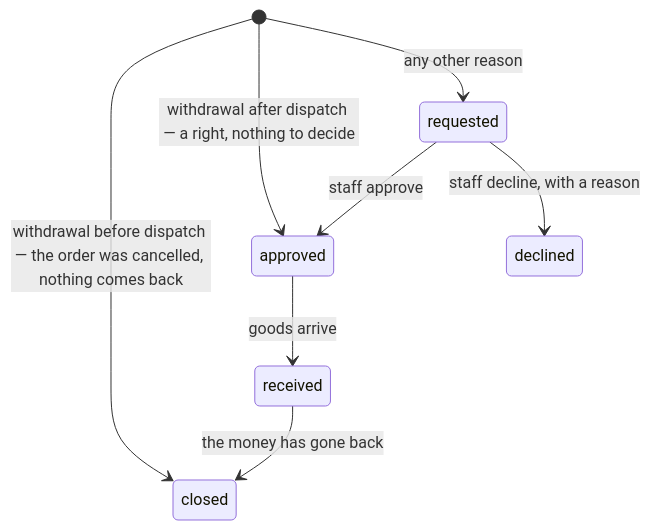
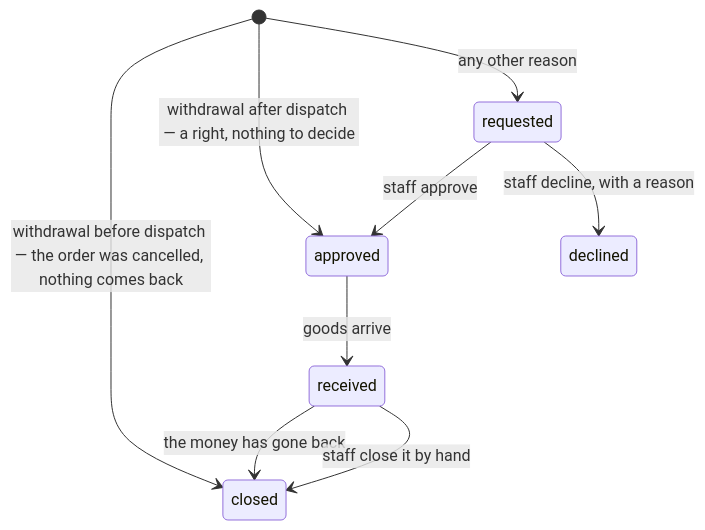
The second of 5 diagrams in docs/modules/returns.md (Guebbit/boilerplate-node-backend), drawn with Mermaid before and after one commit. The commit also changed other lines of this file and 13 other files, not shown here.

First line of the commit message:
feat(returns): let staff close a received return by hand

````diff
--- a/docs/modules/returns.md
+++ b/docs/modules/returns.md
@@ -77,10 +77,11 @@
 ```mermaid
 stateDiagram-v2
     [*] --> closed: withdrawal before dispatch — the order was cancelled, nothing comes back
     [*] --> approved: withdrawal after dispatch — a right, nothing to decide
     [*] --> requested: any other reason
     requested --> approved: staff approve
     requested --> declined: staff decline, with a reason
     approved --> received: goods arrive
     received --> closed: the money has gone back
+    received --> closed: staff close it by hand
 ```
````
